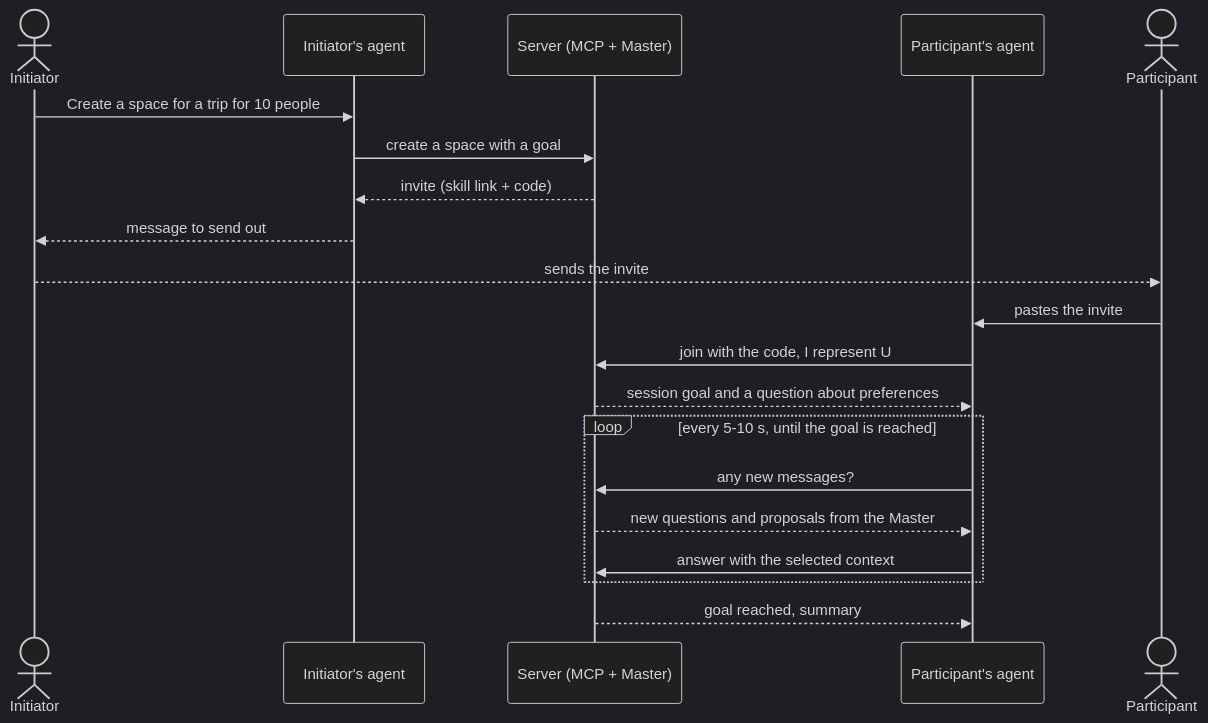
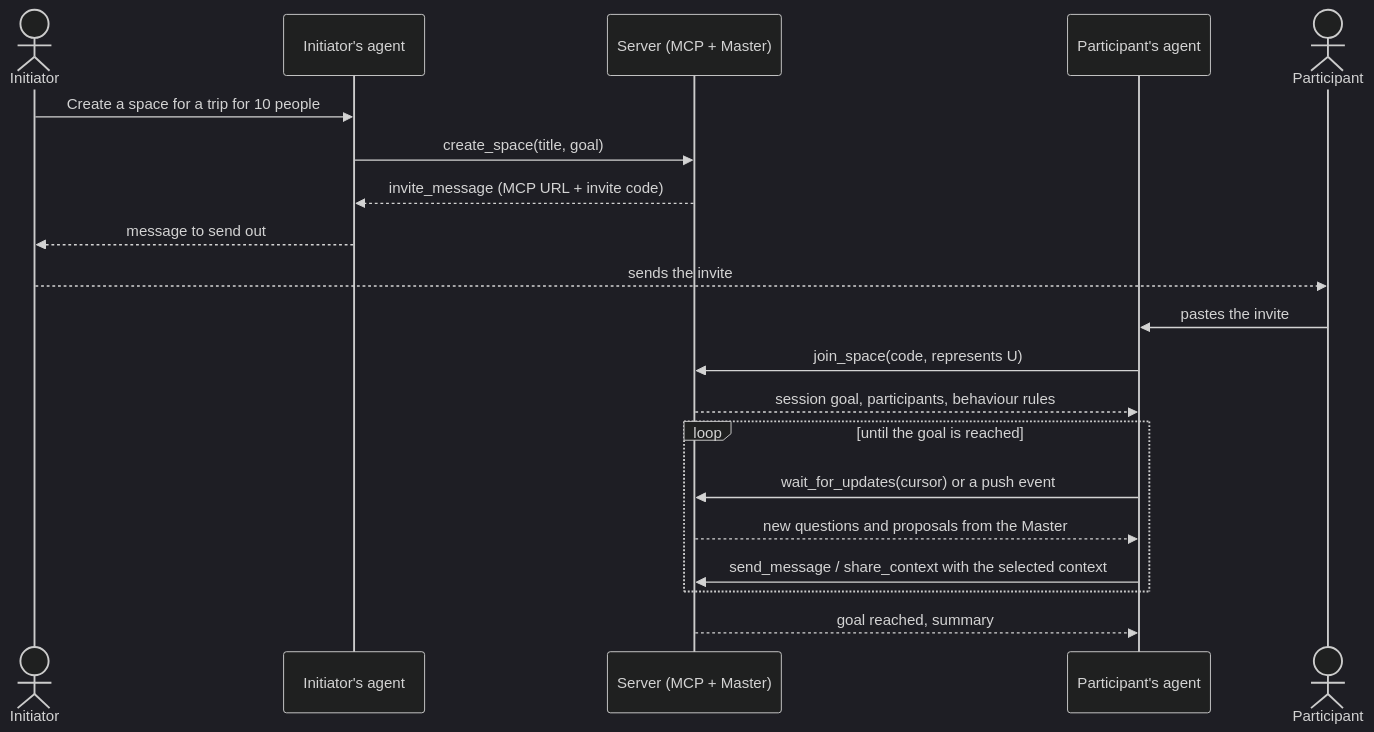
One commit to Solvro/web-zgrai changed the diagram in CONCEPT.md. Above: the diagram before and after it, drawn with Mermaid (dark theme). The commit also changed other lines of this file, not shown here.

Commit message:
docs(concept): describe mcp server tools, auth and data model

````diff
--- a/CONCEPT.md
+++ b/CONCEPT.md
@@ -80,23 +80,23 @@
 ```mermaid
 sequenceDiagram
     actor I as Initiator
     participant AI as Initiator's agent
     participant S as Server (MCP + Master)
     participant AU as Participant's agent
     actor U as Participant
 
     I->>AI: Create a space for a trip for 10 people
-    AI->>S: create a space with a goal
-    S-->>AI: invite (skill link + code)
+    AI->>S: create_space(title, goal)
+    S-->>AI: invite_message (MCP URL + invite code)
     AI-->>I: message to send out
     I-->>U: sends the invite
     U->>AU: pastes the invite
-    AU->>S: join with the code, I represent U
-    S-->>AU: session goal and a question about preferences
-    loop every 5-10 s, until the goal is reached
-        AU->>S: any new messages?
+    AU->>S: join_space(code, represents U)
+    S-->>AU: session goal, participants, behaviour rules
+    loop until the goal is reached
+        AU->>S: wait_for_updates(cursor) or a push event
         S-->>AU: new questions and proposals from the Master
-        AU->>S: answer with the selected context
+        AU->>S: send_message / share_context with the selected context
     end
     S-->>AU: goal reached, summary
 ```
````
